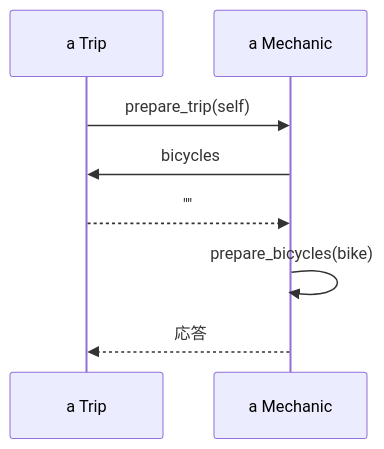
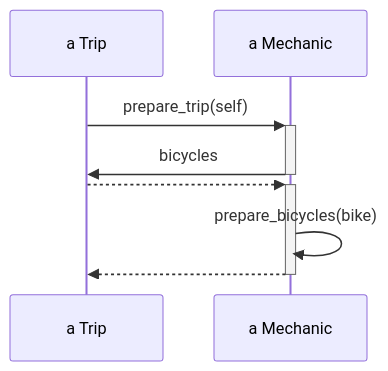
Before and after one commit to sho-sho-T/learning_OOP_for_ruby: the third of 4 diagrams in 04/make_flexible_interface.md, drawn with Mermaid. The commit also changed other lines of this file, not shown here.

````diff
--- a/04/make_flexible_interface.md
+++ b/04/make_flexible_interface.md
@@ -72,8 +86,8 @@
 ```mermaid
 sequenceDiagram
-    a Trip->>a Mechanic: prepare_trip(self)
-    a Mechanic->>a Trip: bicycles
-    a Trip-->>a Mechanic:""
+    a Trip->>+a Mechanic: prepare_trip(self)
+    a Mechanic->>-a Trip: bicycles
+    a Trip-->>+a Mechanic: 
     a Mechanic->>a Mechanic: prepare_bicycles(bike)
-    a Mechanic-->>a Trip: 応答
+    a Mechanic-->>-a Trip: 
 ```
````
